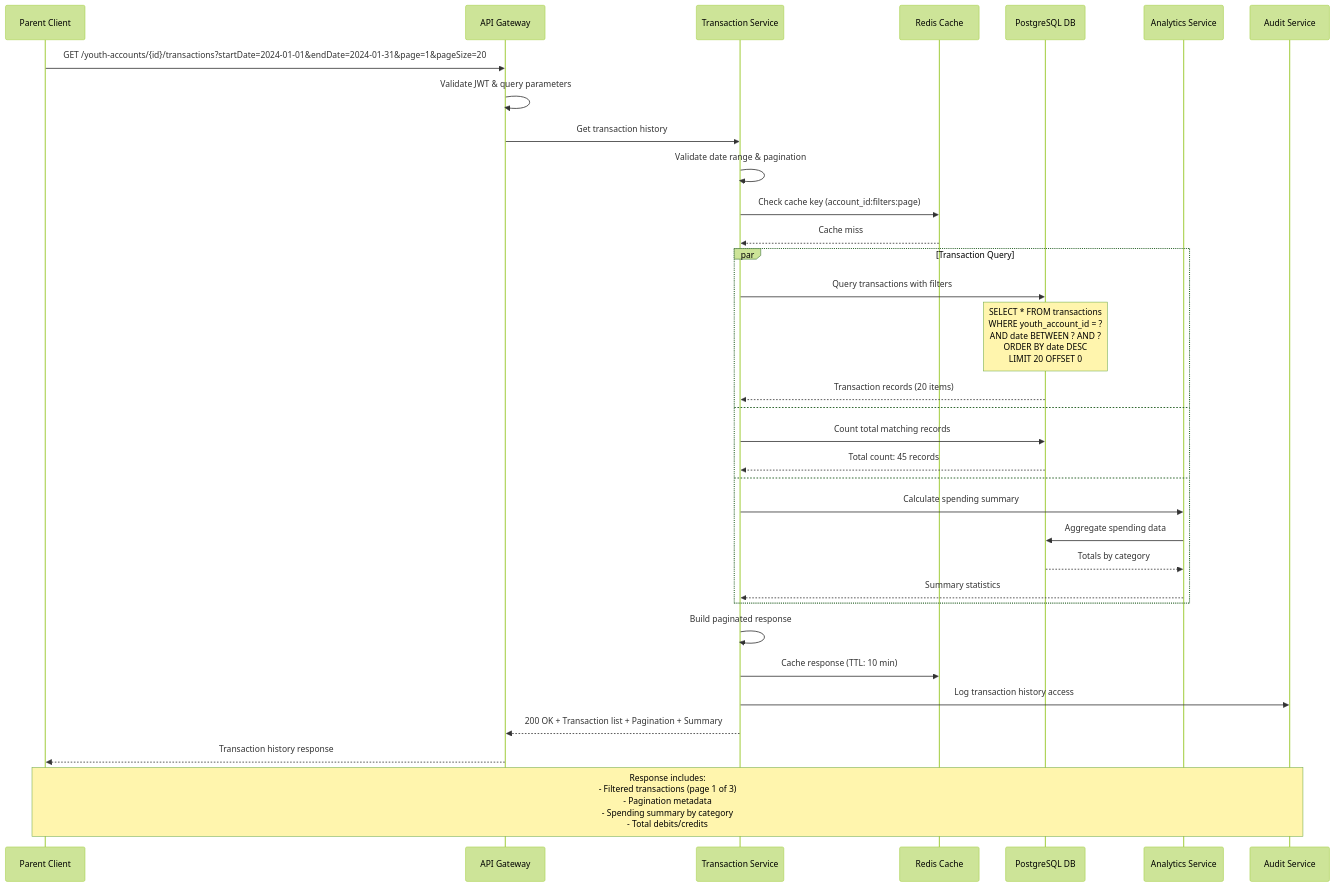
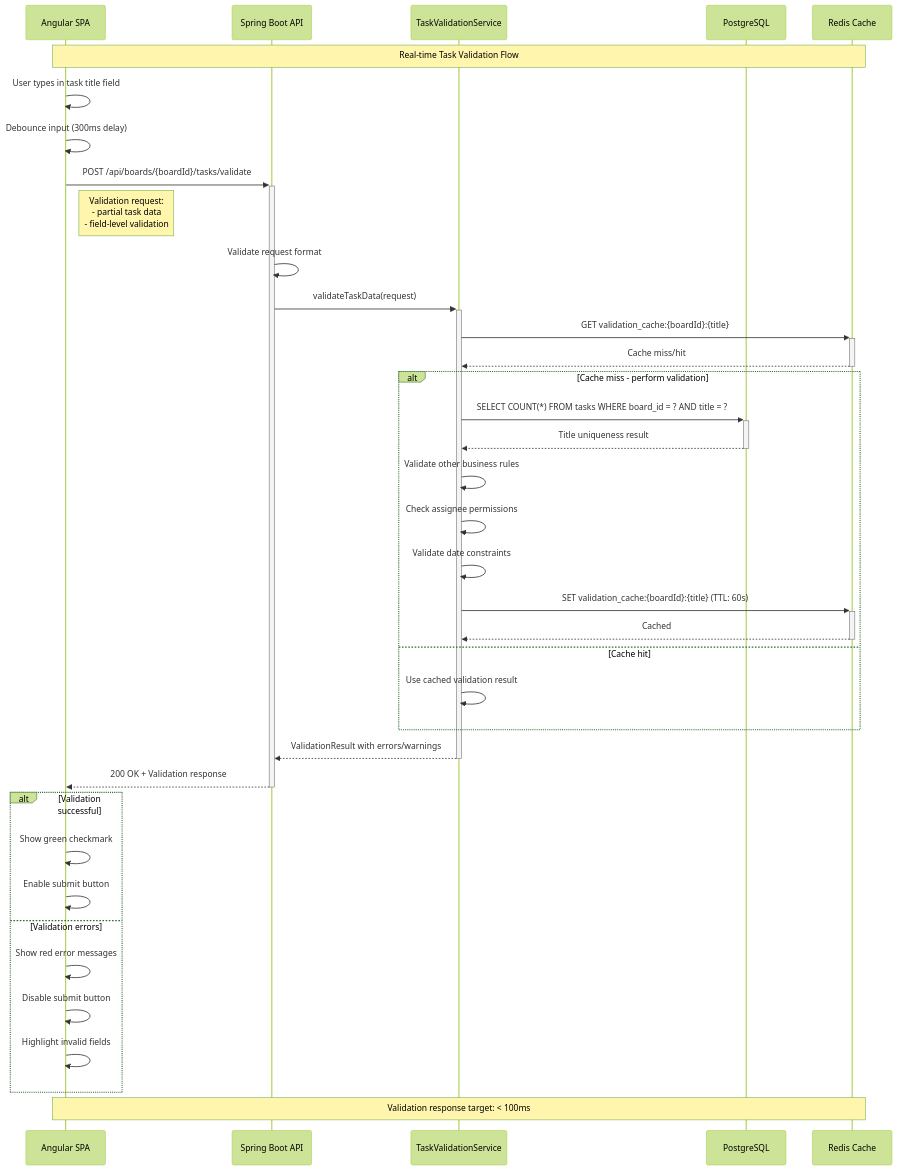
One commit to ThapaswiASC/SCIB-INCEPTION-PHASE-DEMO changed the third of 6 diagrams in API Development/Components and Sequence Diagrams/sequence_diagram.md. Above: the diagram before and after it, drawn with Mermaid (forest theme). The commit also changed other lines of this file and 2 other files, not shown here.

````diff
--- a/API Development/Components and Sequence Diagrams/sequence_diagram.md
+++ b/API Development/Components and Sequence Diagrams/sequence_diagram.md
@@ -243,41 +182,53 @@
 ```mermaid
 sequenceDiagram
-    participant Parent as Parent Client
-    participant Gateway as API Gateway
-    participant TxnSvc as Transaction Service
+    participant UI as Angular SPA
+    participant API as Spring Boot API
+    participant VS as TaskValidationService
+    participant DB as PostgreSQL
     participant Cache as Redis Cache
-    participant DB as PostgreSQL DB
-    participant Analytics as Analytics Service
-    participant Audit as Audit Service
     
-    Parent->>Gateway: GET /youth-accounts/{id}/transactions?startDate=2024-01-01&endDate=2024-01-31&page=1&pageSize=20
-    Gateway->>Gateway: Validate JWT & query parameters
-    Gateway->>TxnSvc: Get transaction history
+    Note over UI, Cache: Real-time Task Validation Flow
     
-    TxnSvc->>TxnSvc: Validate date range & pagination
-    TxnSvc->>Cache: Check cache key (account_id:filters:page)
-    Cache-->>TxnSvc: Cache miss
+    %% Real-time Validation (as user types)
+    UI->>UI: User types in task title field
+    UI->>UI: Debounce input (300ms delay)
     
-    par Transaction Query
-        TxnSvc->>DB: Query transactions with filters
-        Note over DB: SELECT * FROM transactions<br/>WHERE youth_account_id = ?<br/>AND date BETWEEN ? AND ?<br/>ORDER BY date DESC<br/>LIMIT 20 OFFSET 0
-        DB-->>TxnSvc: Transaction records (20 items)
-    and
-        TxnSvc->>DB: Count total matching records
-        DB-->>TxnSvc: Total count: 45 records
-    and
-        TxnSvc->>Analytics: Calculate spending summary
-        Analytics->>DB: Aggregate spending data
-        DB-->>Analytics: Totals by category
-        Analytics-->>TxnSvc: Summary statistics
+    UI->>+API: POST /api/boards/{boardId}/tasks/validate
+    Note right of UI: Validation request:<br/>- partial task data<br/>- field-level validation
+    
+    API->>API: Validate request format
+    API->>+VS: validateTaskData(request)
+    
+    %% Check cached validation results
+    VS->>+Cache: GET validation_cache:{boardId}:{title}
+    Cache-->>-VS: Cache miss/hit
+    
+    alt Cache miss - perform validation
+        VS->>+DB: SELECT COUNT(*) FROM tasks WHERE board_id = ? AND title = ?
+        DB-->>-VS: Title uniqueness result
+        
+        VS->>VS: Validate other business rules
+        VS->>VS: Check assignee permissions
+        VS->>VS: Validate date constraints
+        
+        VS->>+Cache: SET validation_cache:{boardId}:{title} (TTL: 60s)
+        Cache-->>-VS: Cached
+        
+    else Cache hit
+        VS->>VS: Use cached validation result
     end
     
-    TxnSvc->>TxnSvc: Build paginated response
-    TxnSvc->>Cache: Cache response (TTL: 10 min)
-    TxnSvc->>Audit: Log transaction history access
+    VS-->>-API: ValidationResult with errors/warnings
+    API-->>-UI: 200 OK + Validation response
     
-    TxnSvc-->>Gateway: 200 OK + Transaction list + Pagination + Summary
-    Gateway-->>Parent: Transaction history response
+    alt Validation successful
+        UI->>UI: Show green checkmark
+        UI->>UI: Enable submit button
+    else Validation errors
+        UI->>UI: Show red error messages
+        UI->>UI: Disable submit button
+        UI->>UI: Highlight invalid fields
+    end
     
-    Note over Parent,Audit: Response includes:<br/>- Filtered transactions (page 1 of 3)<br/>- Pagination metadata<br/>- Spending summary by category<br/>- Total debits/credits
+    Note over UI, Cache: Validation response target: < 100ms
 ```
````
